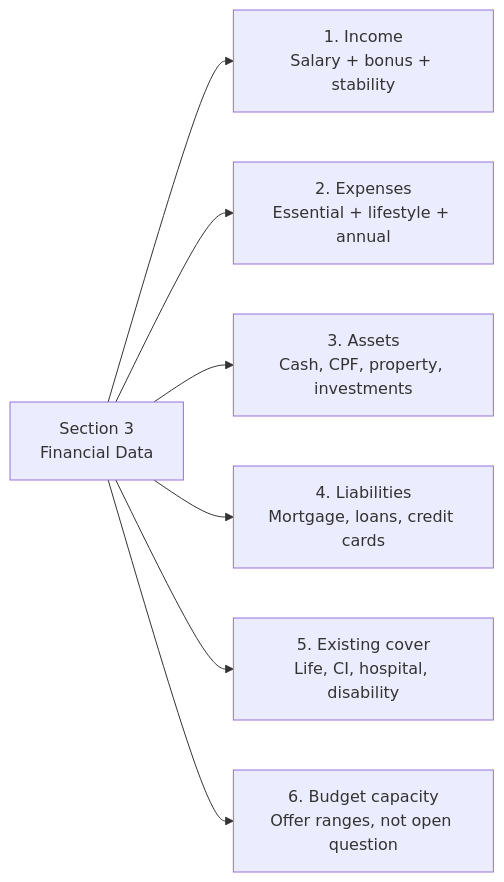
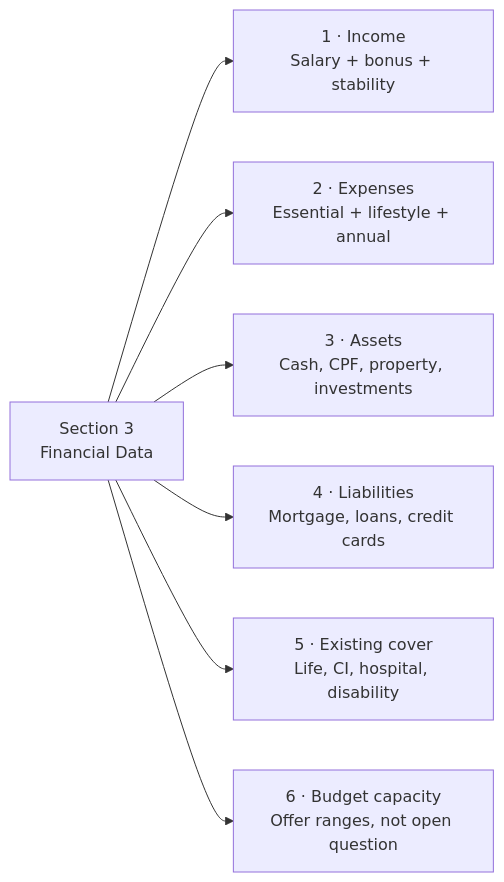
The first of 2 diagrams in docs/first-60-days/week-9/day-51.md (leotansingapore/aia-product-compass-hub), drawn with Mermaid before and after one commit. The commit also changed 7 other files, not shown here.

Commit message:
Mermaid diagrams on days 6, 37, 45, 51, 54, 58, 59, 60 now render — numeric list prefixes and dense calendar labels were triggering strict-mode rejections

````diff
--- a/docs/first-60-days/week-9/day-51.md
+++ b/docs/first-60-days/week-9/day-51.md
@@ -70,9 +70,9 @@
 ```mermaid
 flowchart LR
-    A["Section 3<br/>Financial Data"] --> B["1. Income<br/>Salary + bonus + stability"]
-    A --> C["2. Expenses<br/>Essential + lifestyle + annual"]
-    A --> D["3. Assets<br/>Cash, CPF, property, investments"]
-    A --> E["4. Liabilities<br/>Mortgage, loans, credit cards"]
-    A --> F["5. Existing cover<br/>Life, CI, hospital, disability"]
-    A --> G["6. Budget capacity<br/>Offer ranges, not open question"]
+    A["Section 3<br/>Financial Data"] --> B["1 · Income<br/>Salary + bonus + stability"]
+    A --> C["2 · Expenses<br/>Essential + lifestyle + annual"]
+    A --> D["3 · Assets<br/>Cash, CPF, property, investments"]
+    A --> E["4 · Liabilities<br/>Mortgage, loans, credit cards"]
+    A --> F["5 · Existing cover<br/>Life, CI, hospital, disability"]
+    A --> G["6 · Budget capacity<br/>Offer ranges, not open question"]
 ```
````
